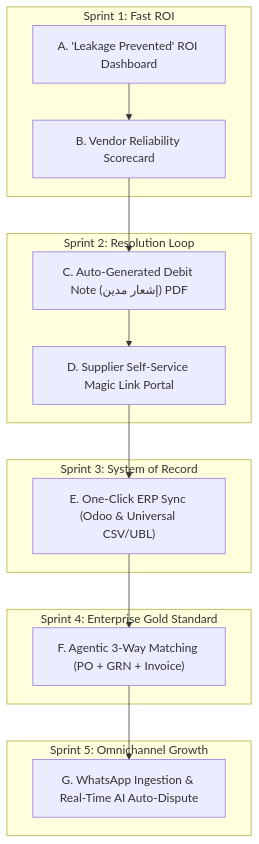
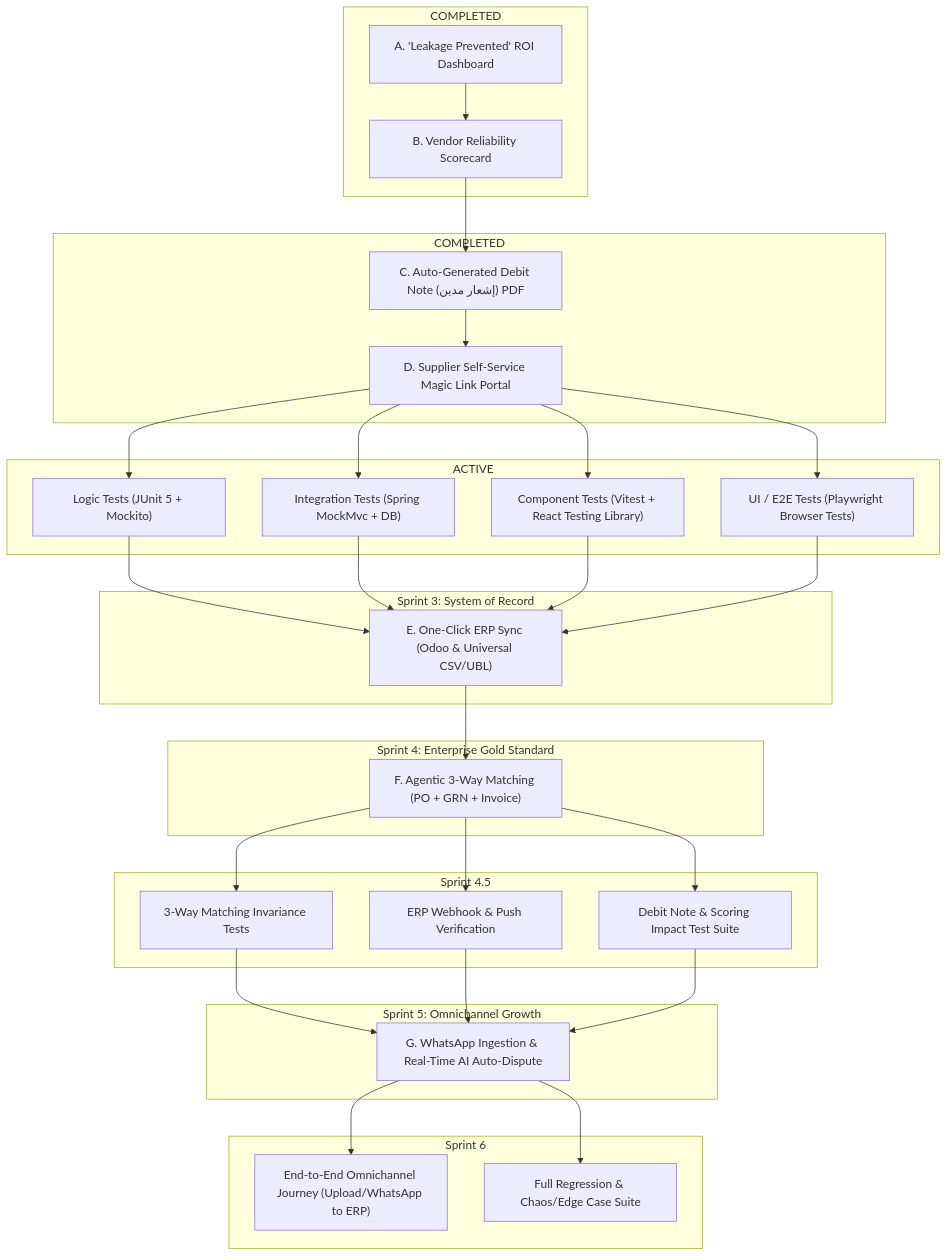
One commit to MohamedRamadan611/Automated-Invoice-Reconciliation changed the diagram in .project-phases/Commercial_Features_Implementation_Plan.md. Above: the diagram before and after it, drawn with Mermaid. The commit also changed other lines of this file and 62 other files, not shown here.

Commit message:
Phase 1&2 : add commercial features including vendor scorecards, financial analytics, and supplier dispute portal

````diff
--- a/.project-phases/Commercial_Features_Implementation_Plan.md
+++ b/.project-phases/Commercial_Features_Implementation_Plan.md
@@ -45,31 +42,52 @@
 ```mermaid
 graph TD
-    subgraph Phase 1: CFO Hook & Metrics [Sprint 1: Fast ROI]
+    subgraph Phase 1: CFO Hook & Metrics [COMPLETED]
         P1A["A. 'Leakage Prevented' ROI Dashboard"]
         P1B["B. Vendor Reliability Scorecard"]
     end
 
-    subgraph Phase 2: Actionable Dispute Settlement [Sprint 2: Resolution Loop]
+    subgraph Phase 2: Actionable Dispute Settlement [COMPLETED]
         P2A["C. Auto-Generated Debit Note (إشعار مدين) PDF"]
         P2B["D. Supplier Self-Service Magic Link Portal"]
+    end
+
+    subgraph Phase 2.5: Multi-Tier Verification Suite for Phases 1 & 2 [ACTIVE]
+        T2A["Logic Tests (JUnit 5 + Mockito)"]
+        T2B["Integration Tests (Spring MockMvc + DB)"]
+        T2C["Component Tests (Vitest + React Testing Library)"]
+        T2D["UI / E2E Tests (Playwright Browser Tests)"]
     end
 
     subgraph Phase 3: Enterprise Connectivity [Sprint 3: System of Record]
         P3A["E. One-Click ERP Sync (Odoo & Universal CSV/UBL)"]
     end
 
     subgraph Phase 4: Full Audit Precision [Sprint 4: Enterprise Gold Standard]
         P4A["F. Agentic 3-Way Matching (PO + GRN + Invoice)"]
     end
 
+    subgraph Phase 4.5: Intermediate AP Audit & Integration Test Phase [Sprint 4.5]
+        T4A["3-Way Matching Invariance Tests"]
+        T4B["ERP Webhook & Push Verification"]
+        T4C["Debit Note & Scoring Impact Test Suite"]
+    end
+
     subgraph Phase 5: Regional MENA Dominance [Sprint 5: Omnichannel Growth]
         P5A["G. WhatsApp Ingestion & Real-Time AI Auto-Dispute"]
+    end
+
+    subgraph Phase 6: Full Omnichannel End-to-End System Test Phase [Sprint 6]
+        T6A["End-to-End Omnichannel Journey (Upload/WhatsApp to ERP)"]
+        T6B["Full Regression & Chaos/Edge Case Suite"]
     end
 
     P1A --> P1B
     P1B --> P2A
     P2A --> P2B
-    P2B --> P3A
+    P2B --> T2A & T2B & T2C & T2D
+    T2A & T2B & T2C & T2D --> P3A
     P3A --> P4A
-    P4A --> P5A
+    P4A --> T4A & T4B & T4C
+    T4A & T4B & T4C --> P5A
+    P5A --> T6A & T6B
 ```
````
